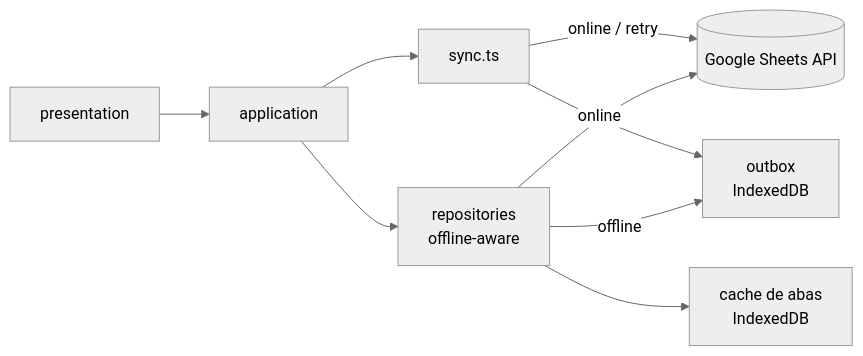
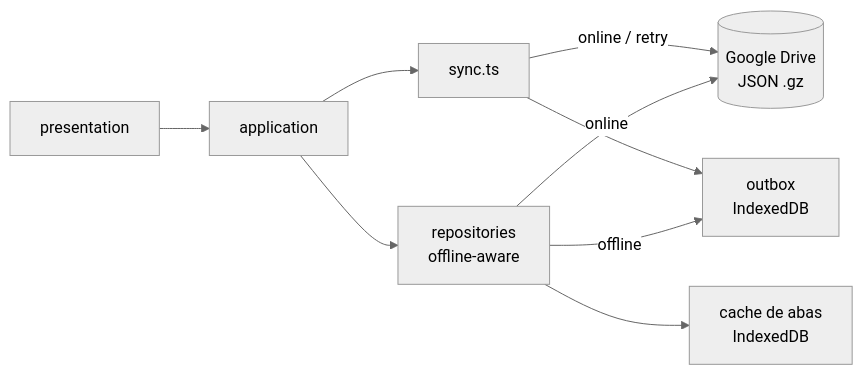
Before and after one commit to girotodenis/renda: the second of 2 diagrams in ARCHITECTURE.md, drawn with Mermaid (neutral theme). The commit also changed other lines of this file and 1 other file, not shown here.

````diff
--- a/ARCHITECTURE.md
+++ b/ARCHITECTURE.md
@@ -109,11 +115,11 @@
 ```mermaid
 flowchart LR
   UI[presentation] --> APP[application]
   APP --> REPO[repositories<br/>offline-aware]
-  REPO -->|online| API[(Google Sheets API)]
+  REPO -->|online| API[(Google Drive<br/>JSON .gz)]
   REPO -->|offline| OUTBOX[outbox<br/>IndexedDB]
   REPO --> CACHE[cache de abas<br/>IndexedDB]
   APP --> SYNC[sync.ts]
   SYNC --> OUTBOX
   SYNC -->|online / retry| API
 ```
````
